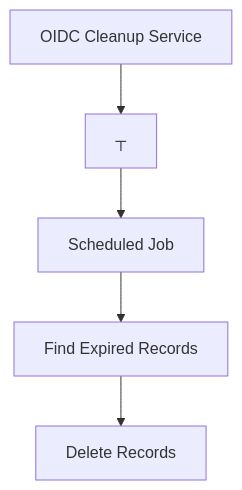
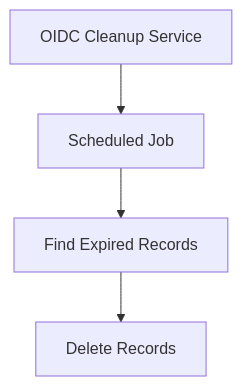
One commit to TechSivaram/tscloak changed diagram 16 of 18 in README.md. Above: the diagram before and after it, drawn with Mermaid. The commit also changed other lines of this file, not shown here.

Commit message:
TSCloak → nest-oidc-provider → oidc-provider

````diff
--- a/README.md
+++ b/README.md
@@ -828,8 +830,6 @@
 ```mermaid
 flowchart TD
-    N0["OIDC Cleanup Service"] --> N1
-    N1["┬"] --> N2
-    N2["Scheduled Job"] --> N3
-    N3["Find Expired Records"] --> N4
-    N4["Delete Records"]
+    A["OIDC Cleanup Service"] --> B["Scheduled Job"]
+    B --> C["Find Expired Records"]
+    C --> D["Delete Records"]
 ```
````
